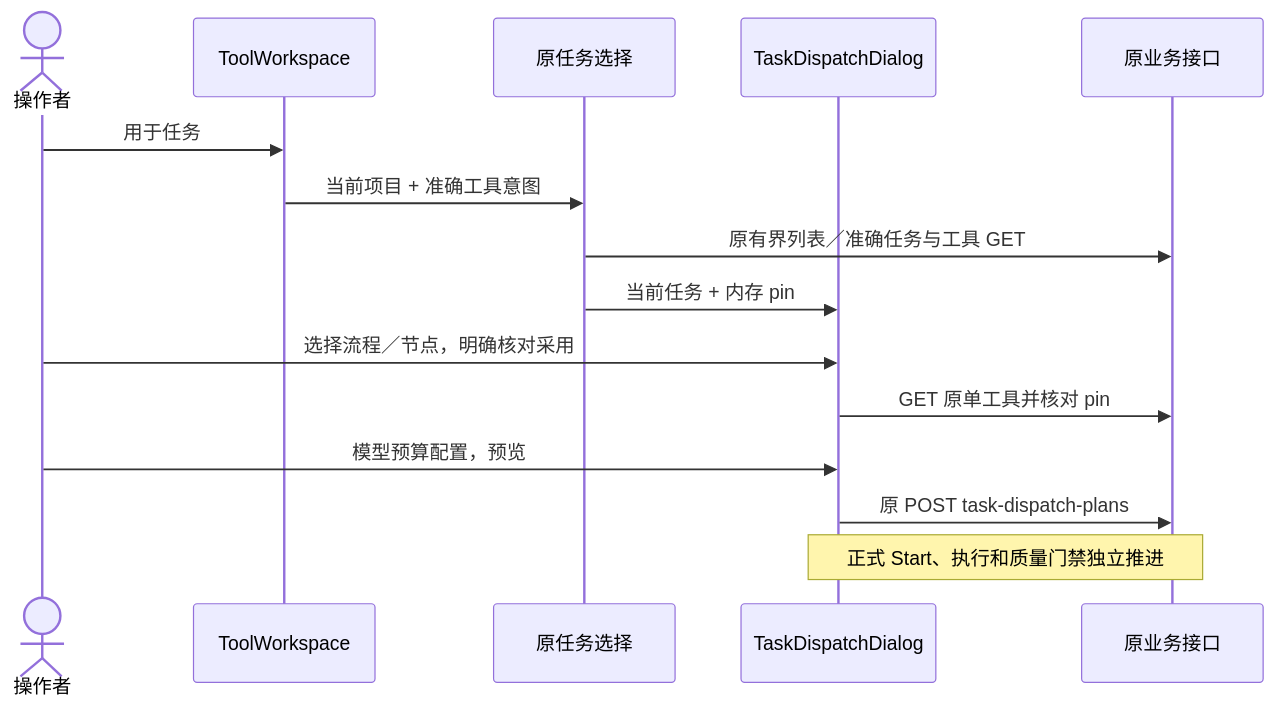
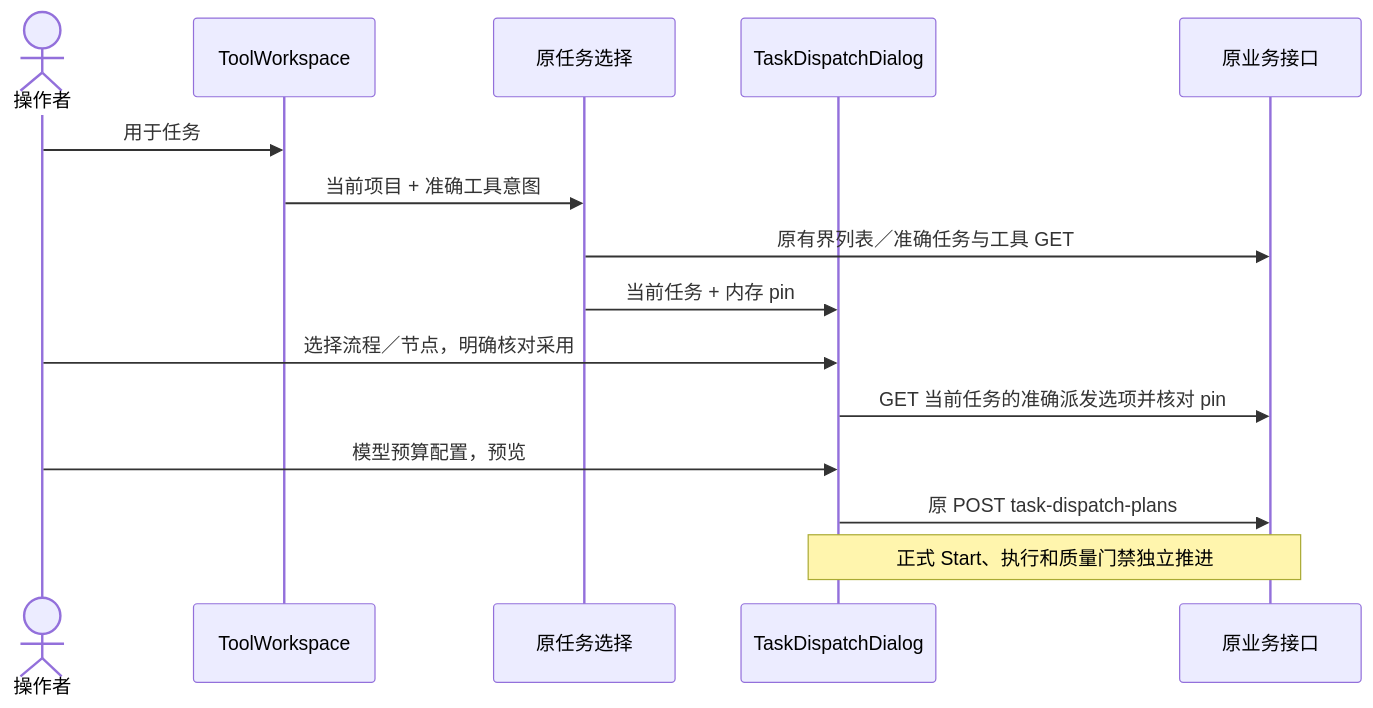
The diagram in docs/architecture/tool-task-handoff.md (ai-mada/suma), drawn with Mermaid before and after one commit. The commit also changed other lines of this file and 31 other files, not shown here.

````diff
--- a/docs/architecture/tool-task-handoff.md
+++ b/docs/architecture/tool-task-handoff.md
@@ -19,17 +21,17 @@
 ```mermaid
 sequenceDiagram
   actor U as 操作者
   participant T as ToolWorkspace
   participant P as 原任务选择
   participant D as TaskDispatchDialog
   participant A as 原业务接口
   U->>T: 用于任务
   T->>P: 当前项目 + 准确工具意图
   P->>A: 原有界列表／准确任务与工具 GET
   P->>D: 当前任务 + 内存 pin
   U->>D: 选择流程／节点，明确核对采用
-  D->>A: GET 原单工具并核对 pin
+  D->>A: GET 当前任务的准确派发选项并核对 pin
   U->>D: 模型预算配置，预览
   D->>A: 原 POST task-dispatch-plans
   Note over D,A: 正式 Start、执行和质量门禁独立推进
 ```
````
